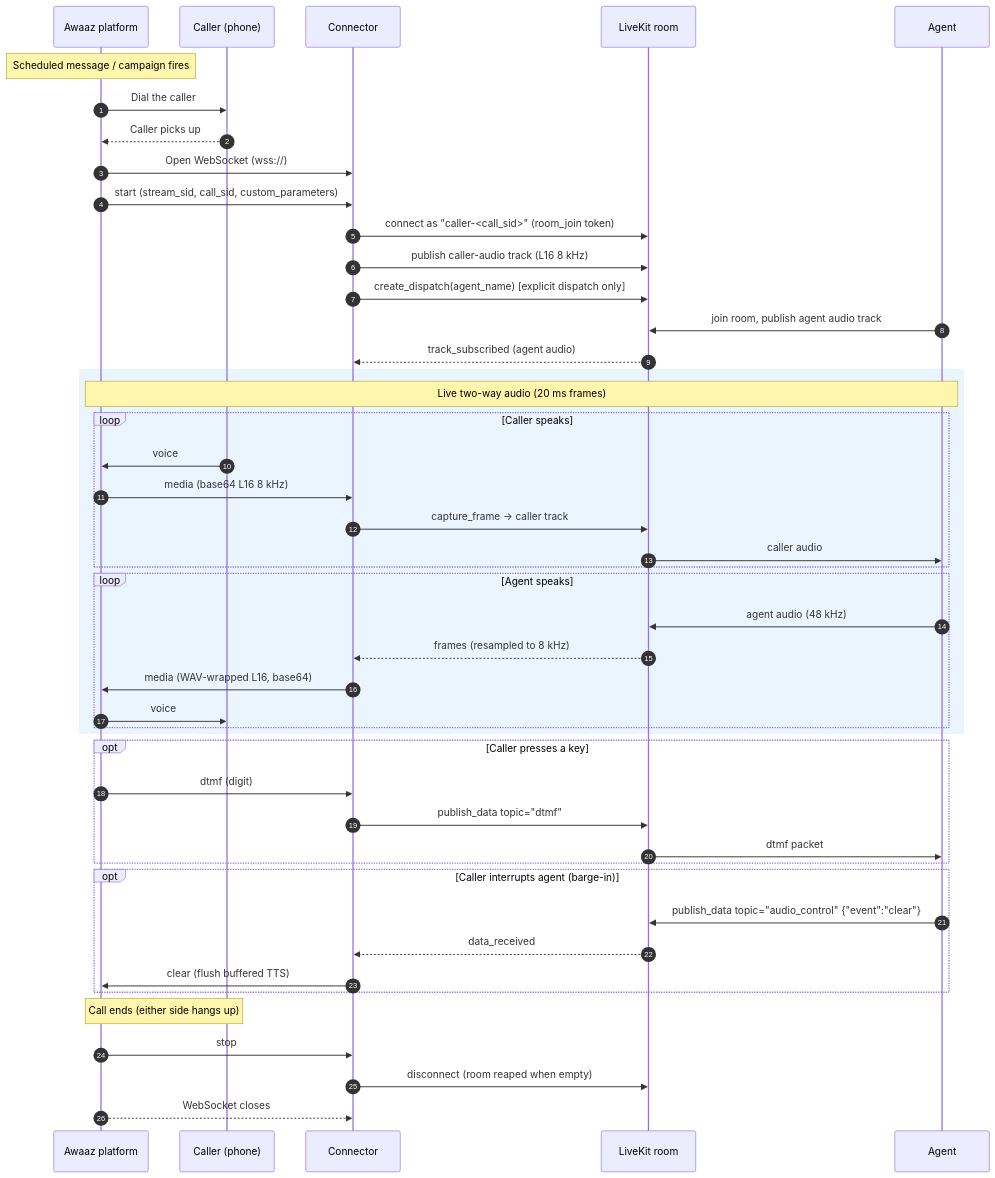
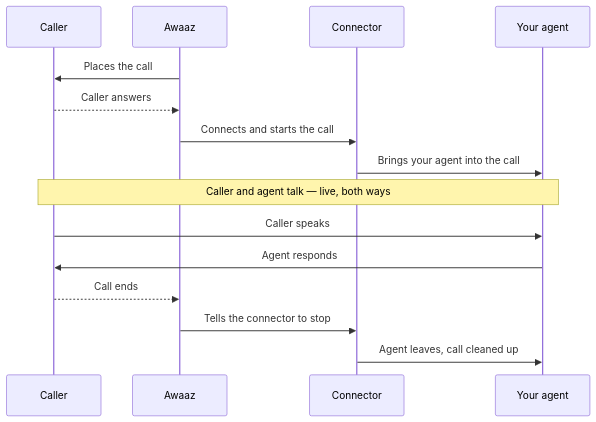
The diagram in README.md (awaazai/awaaz-livekit-connector), drawn with Mermaid before and after one commit. The commit also changed other lines of this file, not shown here.

Commit message:
Simplified sequence diagram

````diff
--- a/README.md
+++ b/README.md
@@ -71,55 +69,20 @@
 ```mermaid
 sequenceDiagram
-    autonumber
-    participant A as Awaaz platform
-    participant C as Caller (phone)
+    participant C as Caller
+    participant A as Awaaz
     participant K as Connector
-    participant L as LiveKit room
-    participant G as Agent
+    participant G as Your agent
 
-    Note over A: Scheduled message / campaign fires
-    A->>C: Dial the caller
-    C-->>A: Caller picks up
+    A->>C: Places the call
+    C-->>A: Caller answers
+    A->>K: Connects and starts the call
+    K->>G: Brings your agent into the call
 
-    A->>K: Open WebSocket (wss://)
-    A->>K: start (stream_sid, call_sid, custom_parameters)
+    Note over C,G: Caller and agent talk — live, both ways
+    C->>G: Caller speaks
+    G->>C: Agent responds
 
-    K->>L: connect as "caller-<call_sid>" (room_join token)
-    K->>L: publish caller-audio track (L16 8 kHz)
-    K->>L: create_dispatch(agent_name)  [explicit dispatch only]
-    G->>L: join room, publish agent audio track
-    L-->>K: track_subscribed (agent audio)
-
-    rect rgb(235, 245, 255)
-    Note over A,G: Live two-way audio (20 ms frames)
-    loop Caller speaks
-        C->>A: voice
-        A->>K: media (base64 L16 8 kHz)
-        K->>L: capture_frame -> caller track
-        L->>G: caller audio
-    end
-    loop Agent speaks
-        G->>L: agent audio (48 kHz)
-        L-->>K: frames (resampled to 8 kHz)
-        K->>A: media (WAV-wrapped L16, base64)
-        A->>C: voice
-    end
-    end
-
-    opt Caller presses a key
-        A->>K: dtmf (digit)
-        K->>L: publish_data topic="dtmf"
-        L->>G: dtmf packet
-    end
-
-    opt Caller interrupts agent (barge-in)
-        G->>L: publish_data topic="audio_control" {"event":"clear"}
-        L-->>K: data_received
-        K->>A: clear (flush buffered TTS)
-    end
-
-    Note over A,C: Call ends (either side hangs up)
-    A->>K: stop
-    K->>L: disconnect (room reaped when empty)
-    A-->>K: WebSocket closes
+    C-->>A: Call ends
+    A->>K: Tells the connector to stop
+    K->>G: Agent leaves, call cleaned up
 ```
````
